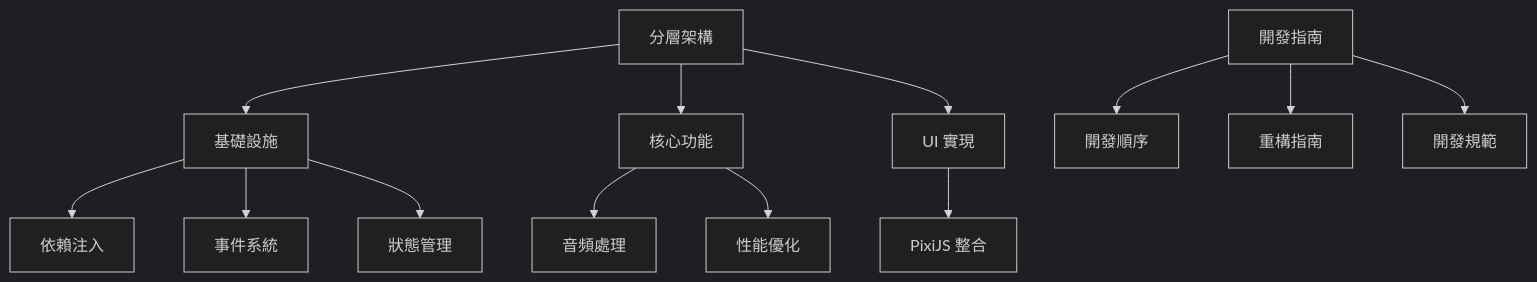
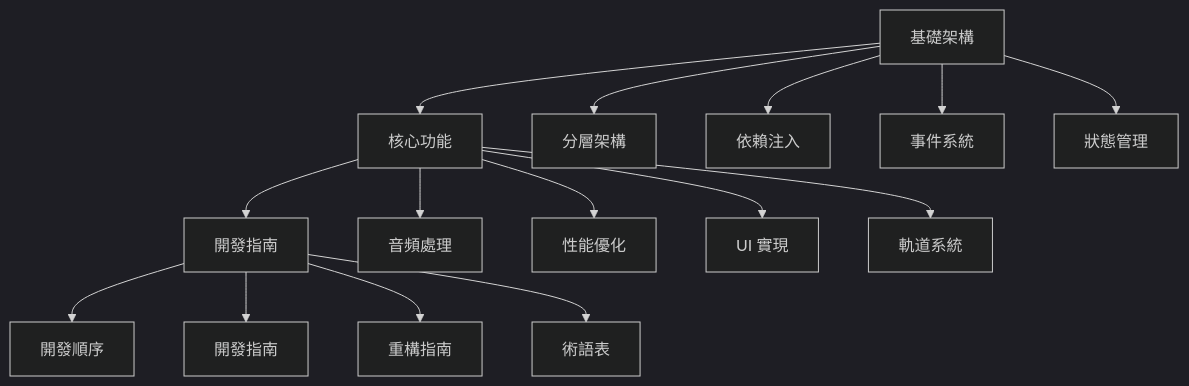
The diagram in docs/architecture/README.md (qwertyboy0325/echlub-front), drawn with Mermaid (dark theme) before and after one commit. The commit also changed other lines of this file and 2 other files, not shown here.

````diff
--- a/docs/architecture/README.md
+++ b/docs/architecture/README.md
@@ -87,19 +109,20 @@
 ```mermaid
 graph TD
-    A[分層架構] --> B[基礎設施]
-    A --> C[核心功能]
-    A --> D[UI 實現]
+    A[基礎架構] --> B[核心功能]
+    B --> C[開發指南]
     
-    B --> B1[依賴注入]
-    B --> B2[事件系統]
-    B --> B3[狀態管理]
+    A --> A1[分層架構]
+    A --> A2[依賴注入]
+    A --> A3[事件系統]
+    A --> A4[狀態管理]
     
-    C --> C1[音頻處理]
-    C --> C2[性能優化]
+    B --> B1[音頻處理]
+    B --> B2[性能優化]
+    B --> B3[UI 實現]
+    B --> B4[軌道系統]
     
-    D --> D1[PixiJS 整合]
-    
-    E[開發指南] --> E1[開發順序]
-    E --> E2[重構指南]
-    E --> E3[開發規範]
+    C --> C1[開發順序]
+    C --> C2[開發指南]
+    C --> C3[重構指南]
+    C --> C4[術語表]
 ```
````
